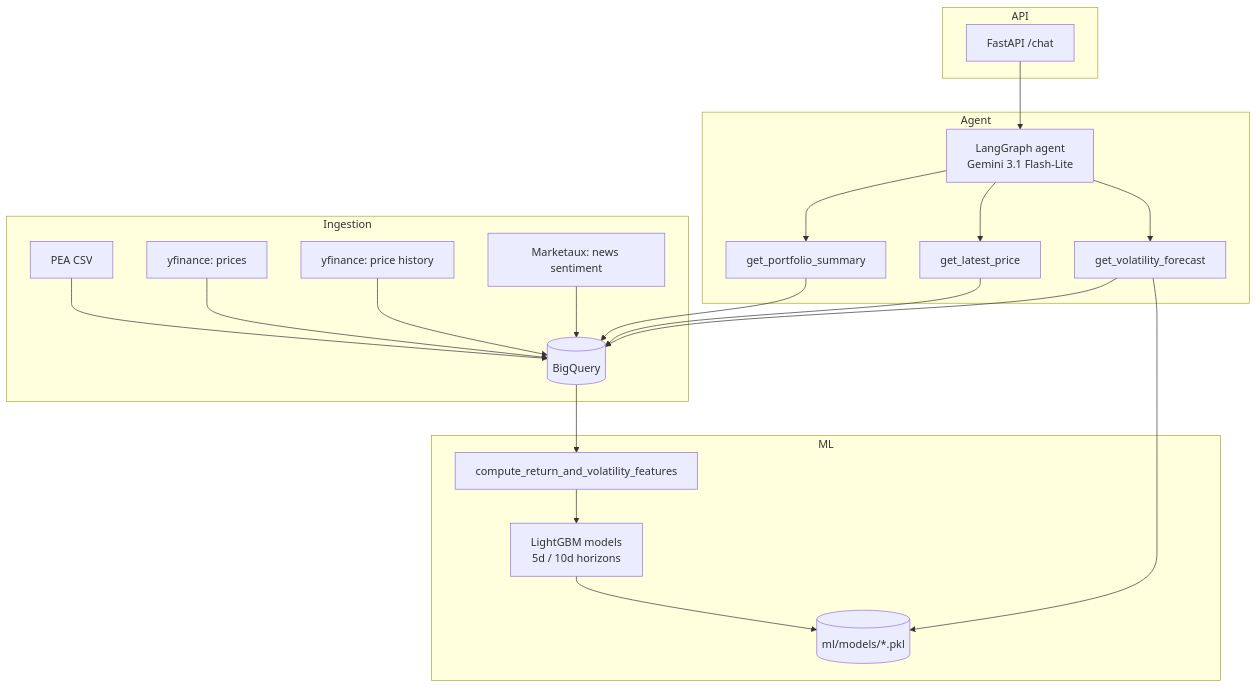
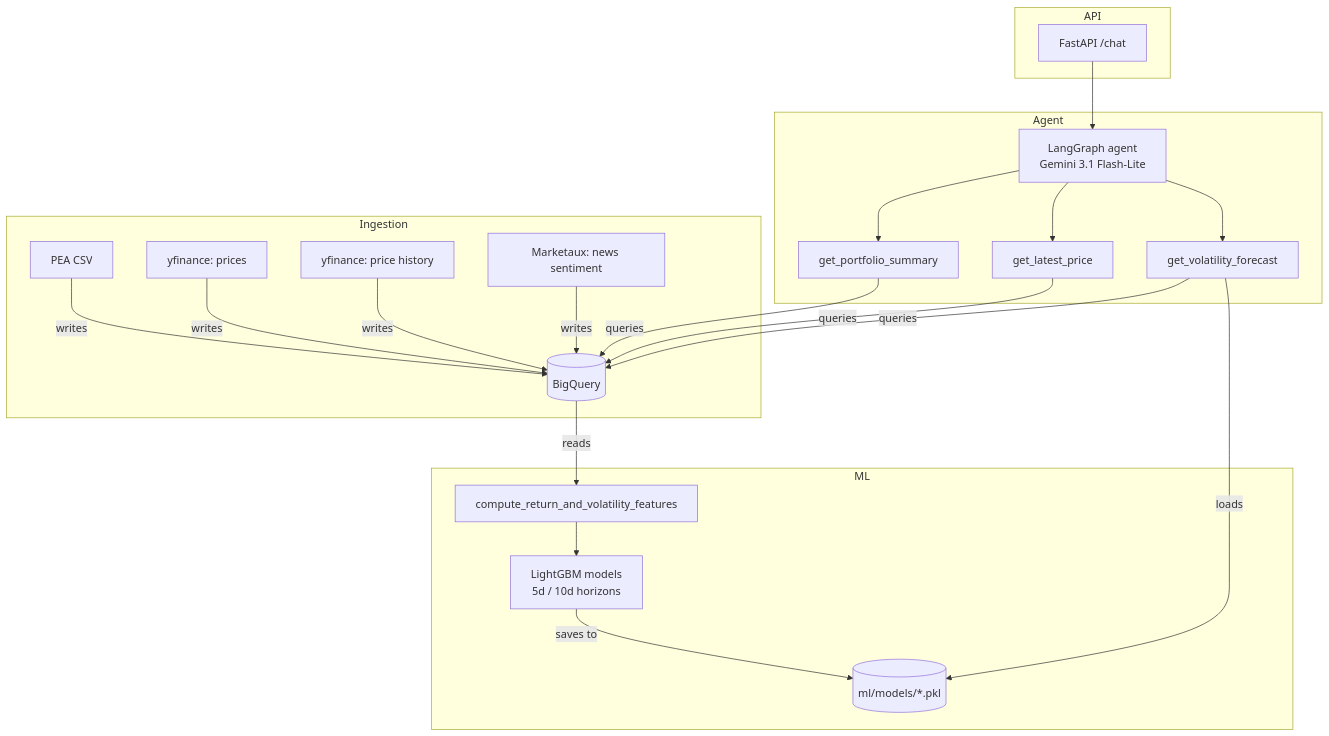
One commit to TLiemNGY/portfolio-mle-finance changed the diagram in README.md. Above: the diagram before and after it, drawn with Mermaid.

Commit message:
docs: add edge labels to architecture diagram where relation type is ambiguous

````diff
--- a/README.md
+++ b/README.md
@@ -27,29 +27,29 @@
 ```mermaid
 flowchart TD
     subgraph Ingestion
-        A1[PEA CSV] --> B[(BigQuery)]
-        A2[yfinance: prices] --> B
-        A3[yfinance: price history] --> B
-        A4[Marketaux: news sentiment] --> B
+        A1[PEA CSV] -->|writes| B[(BigQuery)]
+        A2[yfinance: prices] -->|writes| B
+        A3[yfinance: price history] -->|writes| B
+        A4[Marketaux: news sentiment] -->|writes| B
     end
 
     subgraph ML
-        B --> C[compute_return_and_volatility_features]
+        B -->|reads| C[compute_return_and_volatility_features]
         C --> D[LightGBM models<br/>5d / 10d horizons]
-        D --> E[(ml/models/*.pkl)]
+        D -->|saves to| E[(ml/models/*.pkl)]
     end
 
     subgraph Agent
         F[LangGraph agent<br/>Gemini 3.1 Flash-Lite] --> G[get_portfolio_summary]
         F --> H[get_latest_price]
         F --> I[get_volatility_forecast]
-        G --> B
-        H --> B
-        I --> B
-        I --> E
+        G -->|queries| B
+        H -->|queries| B
+        I -->|queries| B
+        I -->|loads| E
     end
 
     subgraph API
         J[FastAPI /chat] --> F
     end
 ```
````
